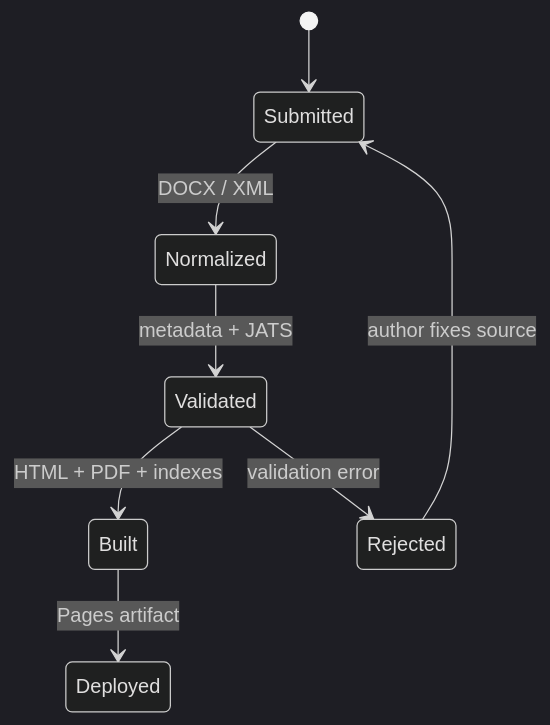
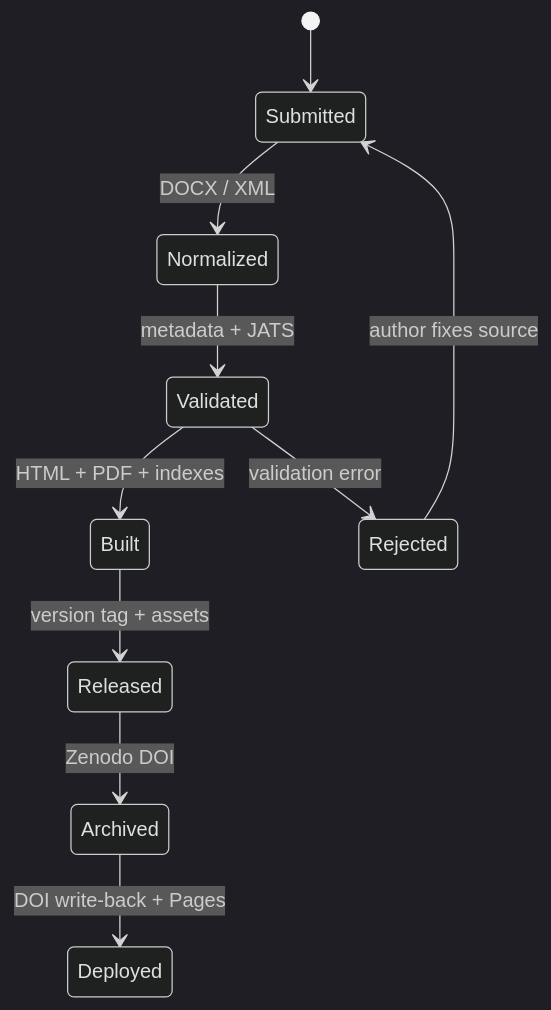
The diagram in docs/ARCHITECTURE.md (xulytiengviet/LibPub), drawn with Mermaid (dark theme) before and after one commit. The commit also changed other lines of this file and 25 other files, not shown here.

Commit message:
feat: automate trilingual Zenodo DOI publishing

````diff
--- a/docs/ARCHITECTURE.md
+++ b/docs/ARCHITECTURE.md
@@ -17,10 +18,12 @@
 ```mermaid
 stateDiagram-v2
     [*] --> Submitted
     Submitted --> Normalized: DOCX / XML
     Normalized --> Validated: metadata + JATS
     Validated --> Built: HTML + PDF + indexes
-    Built --> Deployed: Pages artifact
+    Built --> Released: version tag + assets
+    Released --> Archived: Zenodo DOI
+    Archived --> Deployed: DOI write-back + Pages
     Validated --> Rejected: validation error
     Rejected --> Submitted: author fixes source
 ```
````
